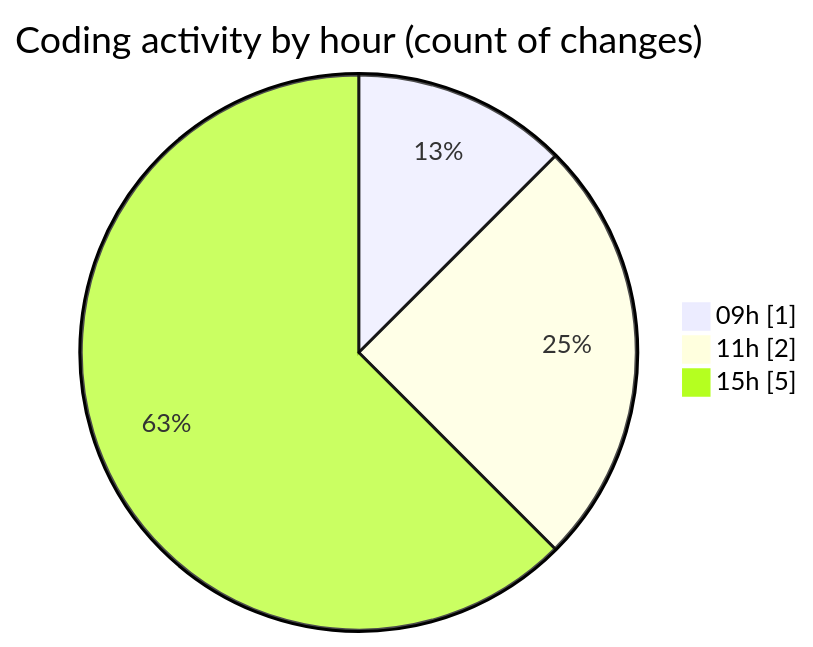
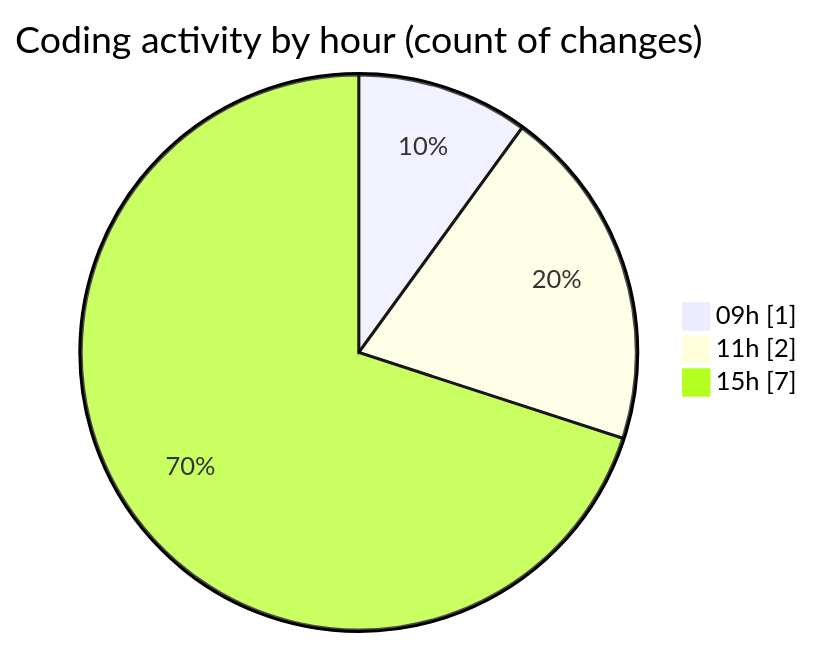
One commit to LanceThiago/code-tracking changed the second of 2 diagrams in 2026-02-06/enviar_facturas/README.md. Above: the diagram before and after it, drawn with Mermaid. The commit also changed other lines of this file and 1 other file, not shown here.

````diff
--- a/2026-02-06/enviar_facturas/README.md
+++ b/2026-02-06/enviar_facturas/README.md
@@ -30,7 +30,7 @@
 ```mermaid
 pie showData
 title Coding activity by hour (count of changes)
 "09h" : 1
 "11h" : 2
-"15h" : 5
+"15h" : 7
 ```
````
